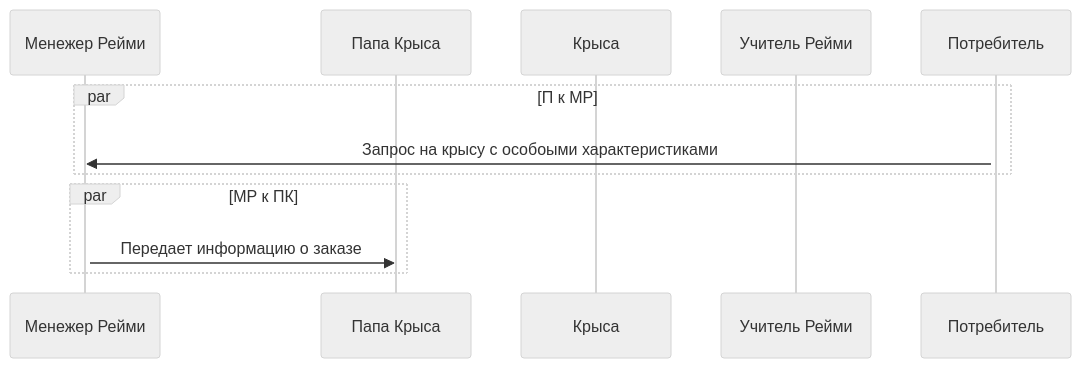
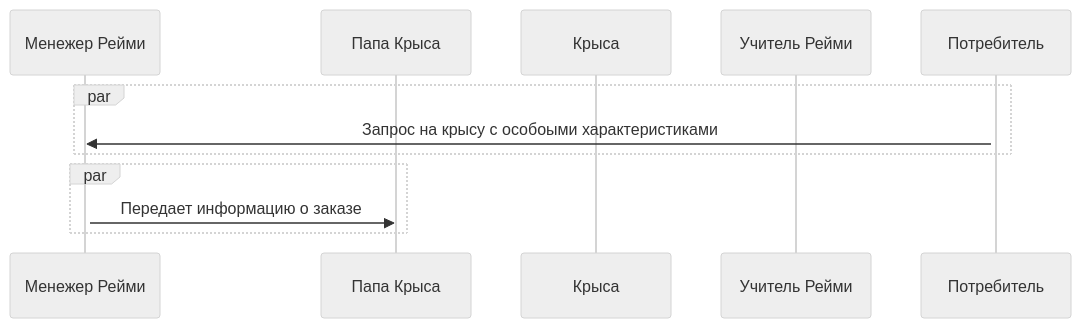
The diagram in README.md (VegaMethadone/Software-engineering-), drawn with Mermaid (neutral theme) before and after one commit.

````diff
--- a/README.md
+++ b/README.md
@@ -13,19 +13,19 @@
 ```mermaid
 sequenceDiagram
     participant МР as Менежер Рейми
     participant ПК as Папа Крыса
     participant К as Крыса
     participant Р as Учитель Рейми
     participant П as Потребитель
     activate П
-    par П к МР
+    par
         П->>МР: Запрос на крысу с особоыми характеристиками 
     end
     activate МР
-    par МР к ПК
+    par
         МР->>ПК:Передает информацию о заказе
     end
     
     
     
 ```
````
